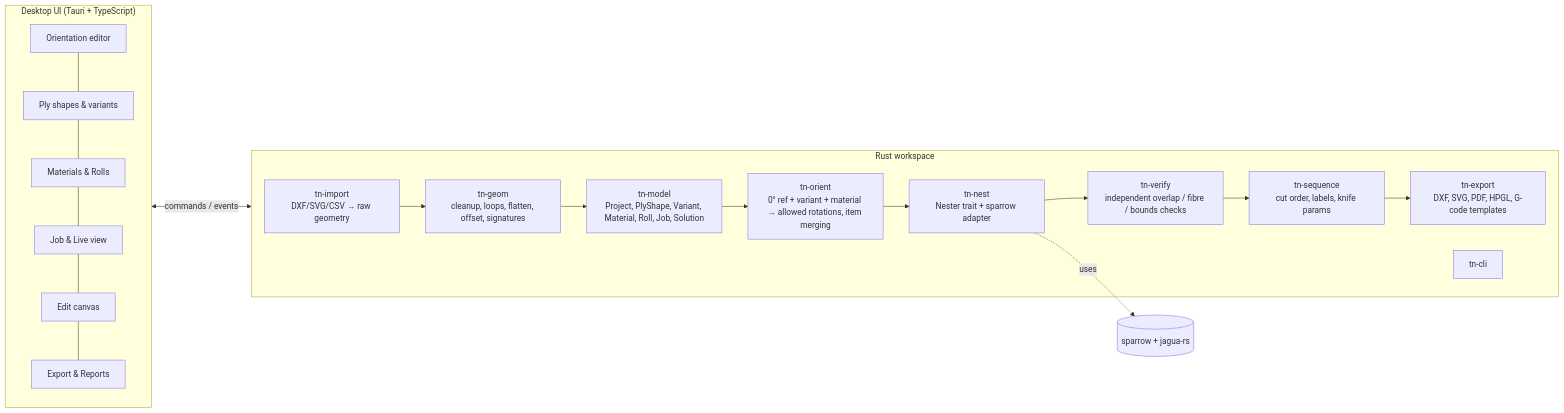
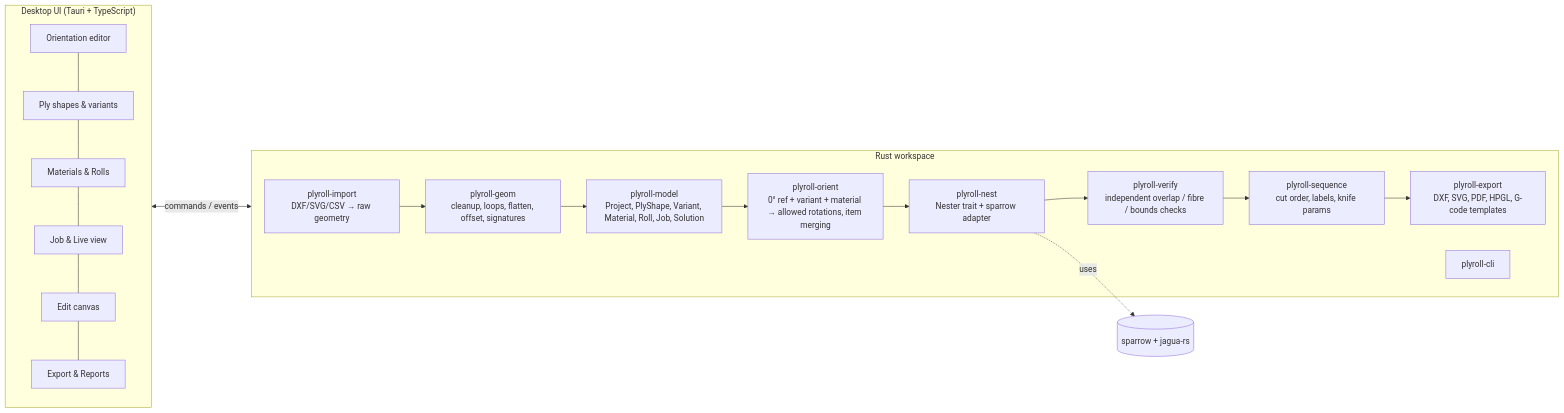
Before and after one commit to CosmoBetz/PlyRoll: the diagram in docs/PLAN.md, drawn with Mermaid. The commit also changed other lines of this file and 19 other files, not shown here.

First line of the commit message:
Rename project to PlyRoll and add MIT license

````diff
--- a/docs/PLAN.md
+++ b/docs/PLAN.md
@@ -255,22 +255,22 @@
 ```mermaid
 flowchart LR
   subgraph UI["Desktop UI (Tauri + TypeScript)"]
     O[Orientation editor] --- P[Ply shapes & variants] --- M[Materials & Rolls] --- J[Job & Live view] --- E[Edit canvas] --- X[Export & Reports]
   end
   UI <-->|commands / events| CORE
 
   subgraph CORE["Rust workspace"]
-    IO[tn-import<br/>DXF/SVG/CSV → raw geometry]
-    GEO[tn-geom<br/>cleanup, loops, flatten, offset, signatures]
-    DOM[tn-model<br/>Project, PlyShape, Variant, Material, Roll, Job, Solution]
-    ORI[tn-orient<br/>0° ref + variant + material → allowed rotations, item merging]
-    NEST[tn-nest<br/>Nester trait + sparrow adapter]
-    VER[tn-verify<br/>independent overlap / fibre / bounds checks]
-    SEQ[tn-sequence<br/>cut order, labels, knife params]
-    OUT[tn-export<br/>DXF, SVG, PDF, HPGL, G-code templates]
-    CLI[tn-cli]
+    IO[plyroll-import<br/>DXF/SVG/CSV → raw geometry]
+    GEO[plyroll-geom<br/>cleanup, loops, flatten, offset, signatures]
+    DOM[plyroll-model<br/>Project, PlyShape, Variant, Material, Roll, Job, Solution]
+    ORI[plyroll-orient<br/>0° ref + variant + material → allowed rotations, item merging]
+    NEST[plyroll-nest<br/>Nester trait + sparrow adapter]
+    VER[plyroll-verify<br/>independent overlap / fibre / bounds checks]
+    SEQ[plyroll-sequence<br/>cut order, labels, knife params]
+    OUT[plyroll-export<br/>DXF, SVG, PDF, HPGL, G-code templates]
+    CLI[plyroll-cli]
   end
   IO --> GEO --> DOM
   DOM --> ORI --> NEST --> VER --> SEQ --> OUT
   NEST -.uses.-> SP[(sparrow + jagua-rs)]
 ```
````
